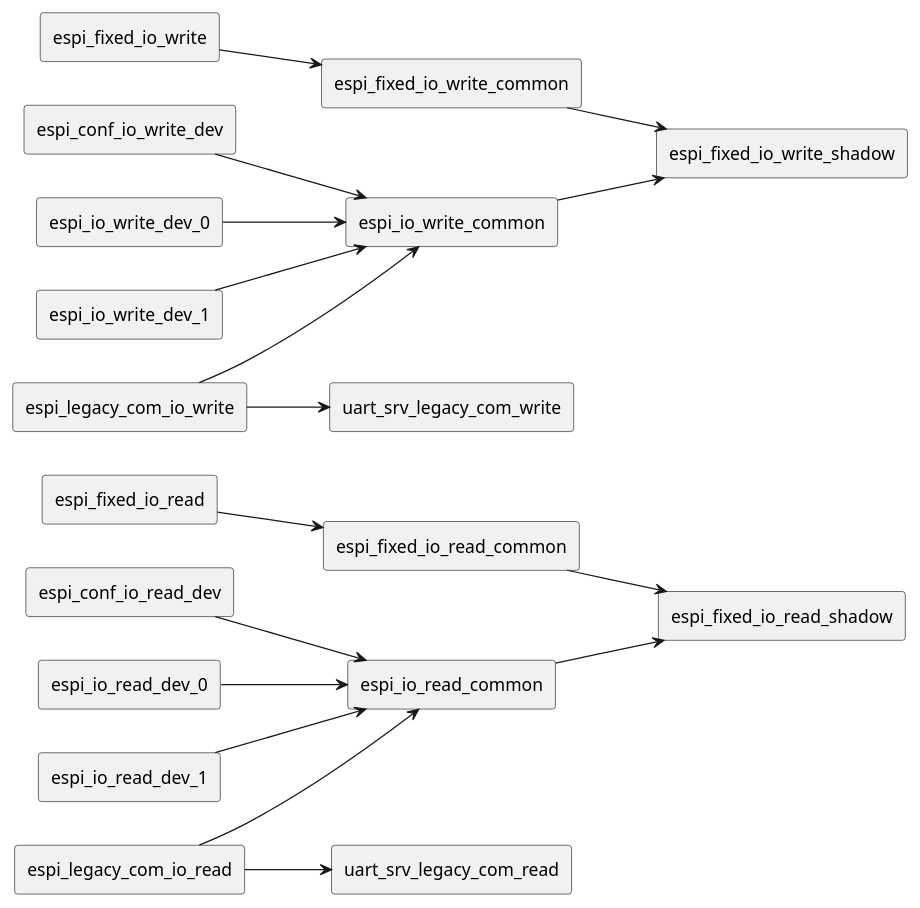
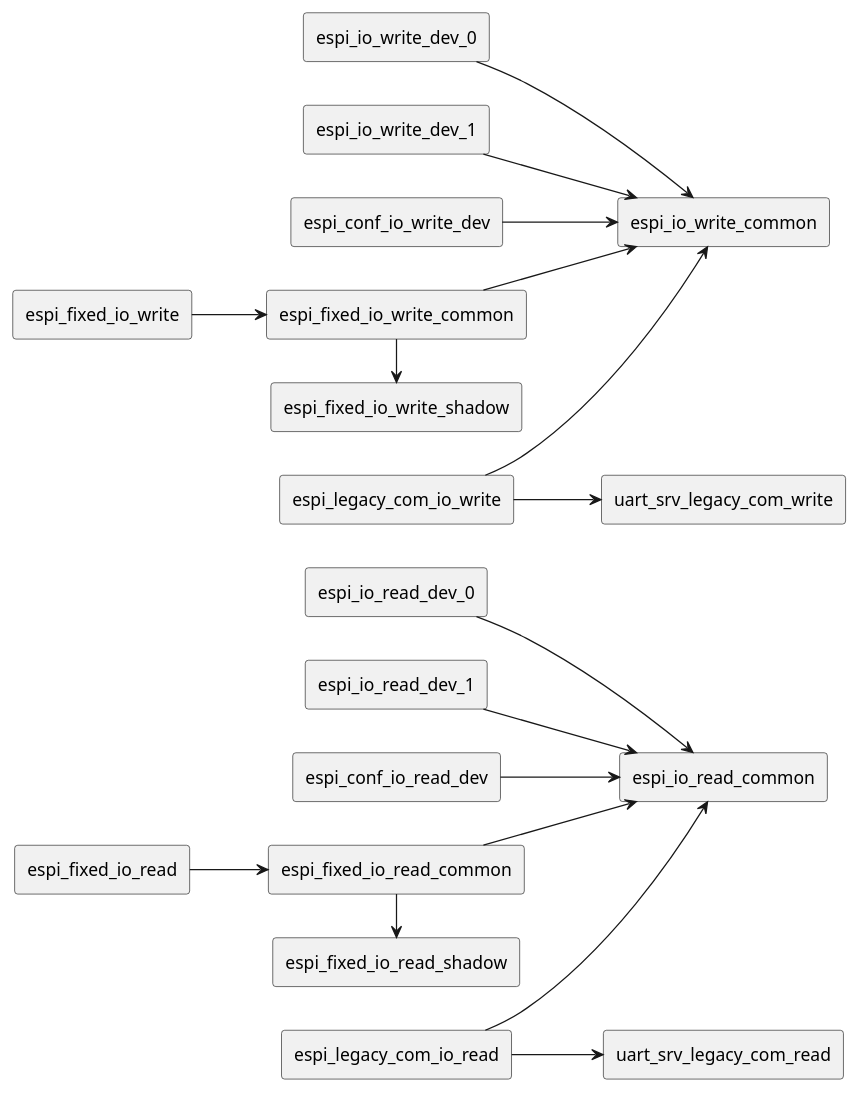
The second of 2 diagrams in espi.wsd (lgolawsk/plant), drawn with PlantUML before and after one commit. The commit also changed other lines of this file and 1 other file, not shown here.

```diff
--- a/espi.wsd
+++ b/espi.wsd
@@ -11,20 +11,20 @@
 @startuml
 skinparam componentStyle rectangle
 left to right direction
 [espi_io_read_dev_0]-->[espi_io_read_common]
 [espi_io_read_dev_1]-->[espi_io_read_common]
 [espi_io_write_dev_0]-->[espi_io_write_common]
 [espi_io_write_dev_1]-->[espi_io_write_common]
 [espi_fixed_io_read]-->[espi_fixed_io_read_common]
 [espi_fixed_io_write]-->[espi_fixed_io_write_common]
 [espi_conf_io_read_dev]-->[espi_io_read_common]
 [espi_conf_io_write_dev]-->[espi_io_write_common]
 [espi_legacy_com_io_read]-->[espi_io_read_common]
 [espi_legacy_com_io_read]-->[uart_srv_legacy_com_read]
 [espi_legacy_com_io_write]-->[espi_io_write_common]
 [espi_legacy_com_io_write]-->[uart_srv_legacy_com_write]
-[espi_fixed_io_read_common]-->[espi_fixed_io_read_shadow]
-[espi_io_read_common]-->[espi_fixed_io_read_shadow]
-[espi_fixed_io_write_common]-->[espi_fixed_io_write_shadow]
-[espi_io_write_common]-->[espi_fixed_io_write_shadow]
+[espi_fixed_io_read_common]->[espi_fixed_io_read_shadow]
+[espi_fixed_io_read_common]-->[espi_io_read_common]
+[espi_fixed_io_write_common]->[espi_fixed_io_write_shadow]
+[espi_fixed_io_write_common]-->[espi_io_write_common]
 @enduml
```
